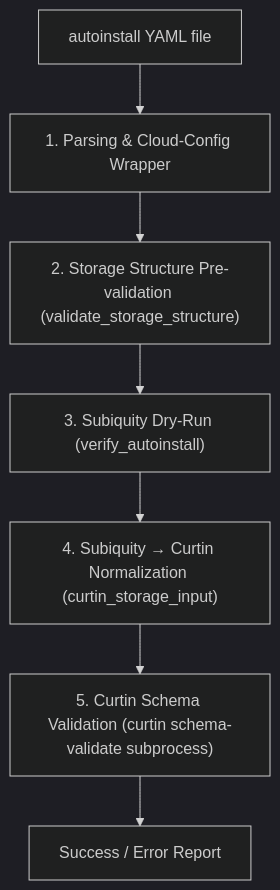
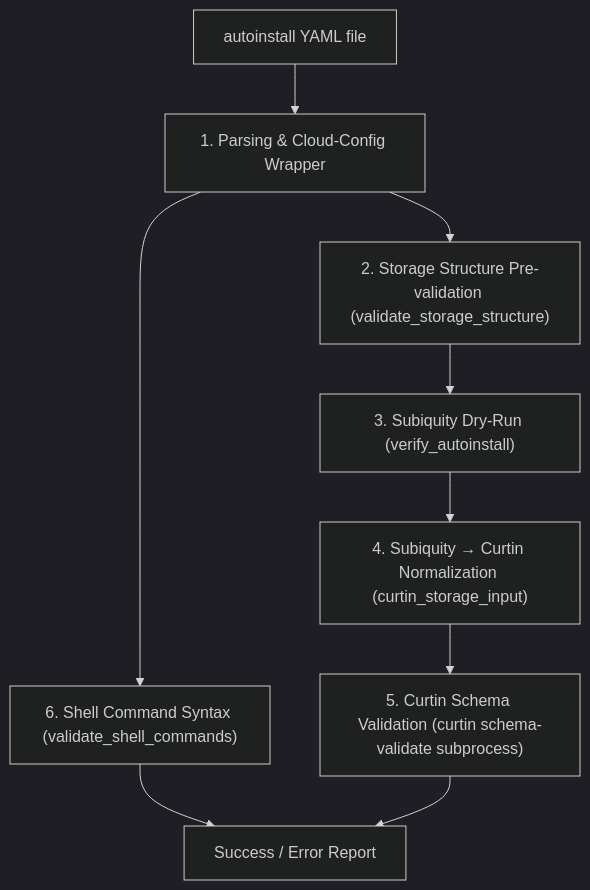
The diagram in README.md (amichalowski/ubuntu-autoinstall-helper), drawn with Mermaid (dark theme) before and after one commit. The commit also changed other lines of this file and 10 other files, not shown here.

First line of the commit message:
feat(validate): check shell syntax of early/late/error commands

````diff
--- a/README.md
+++ b/README.md
@@ -425,9 +433,11 @@
 ```mermaid
 flowchart TD
     A["autoinstall YAML file"] --> B["1. Parsing & Cloud-Config Wrapper"]
     B --> C["2. Storage Structure Pre-validation (validate_storage_structure)"]
+    B --> H["6. Shell Command Syntax (validate_shell_commands)"]
     C --> D["3. Subiquity Dry-Run (verify_autoinstall)"]
     D --> E["4. Subiquity → Curtin Normalization (curtin_storage_input)"]
     E --> F["5. Curtin Schema Validation (curtin schema-validate subprocess)"]
-    F --> G["Success / Error Report"]
+    H --> G["Success / Error Report"]
+    F --> G
 ```
````
